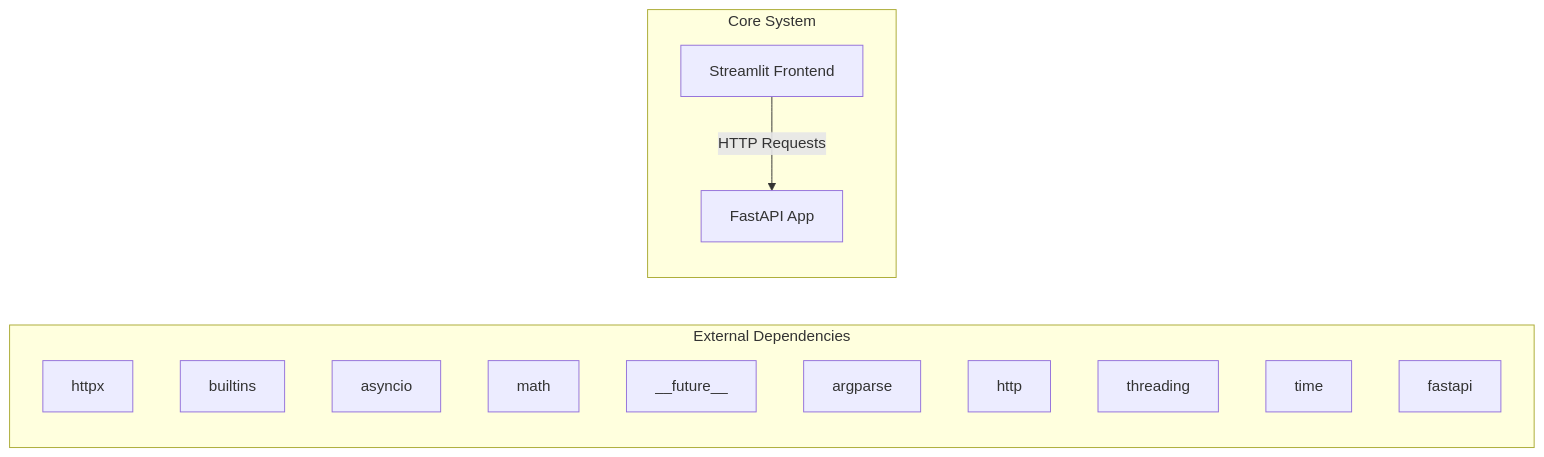
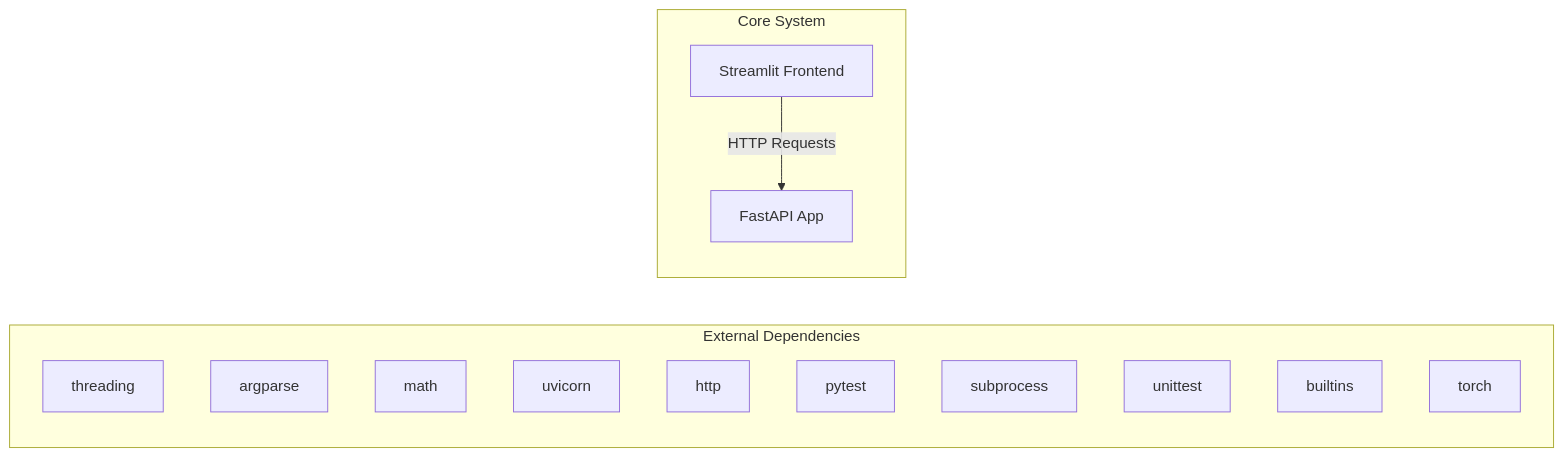
One commit to NITISH-R-G/rag-context-optimizer changed the first of 2 diagrams in docs/architecture.md. Above: the diagram before and after it, drawn with Mermaid. The commit also changed other lines of this file and 1 other file, not shown here.

Commit message:
docs: auto-update repository knowledge, architecture diagrams, and documentation

````diff
--- a/docs/architecture.md
+++ b/docs/architecture.md
@@ -7,20 +7,20 @@
 ```mermaid
 graph LR
     subgraph External Dependencies
-        E0["httpx"]
-        E1["builtins"]
-        E2["asyncio"]
-        E3["math"]
-        E4["__future__"]
-        E5["argparse"]
-        E6["http"]
-        E7["threading"]
-        E8["time"]
-        E9["fastapi"]
+        E0["threading"]
+        E1["argparse"]
+        E2["math"]
+        E3["uvicorn"]
+        E4["http"]
+        E5["pytest"]
+        E6["subprocess"]
+        E7["unittest"]
+        E8["builtins"]
+        E9["torch"]
     end
     subgraph Core System
         API["FastAPI App"]
         UI["Streamlit Frontend"]
     end
     UI -->|HTTP Requests| API
 ```
````
